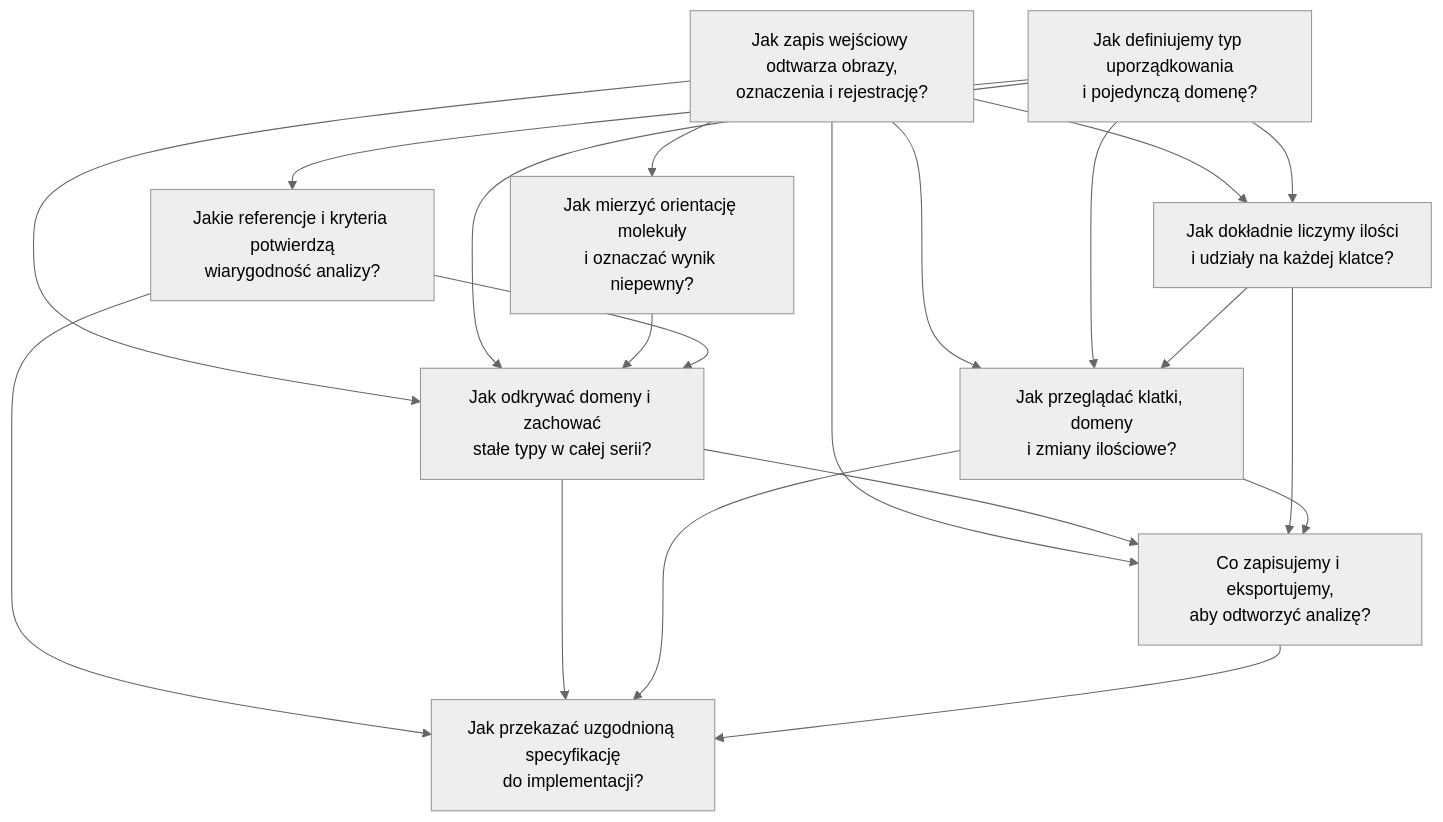
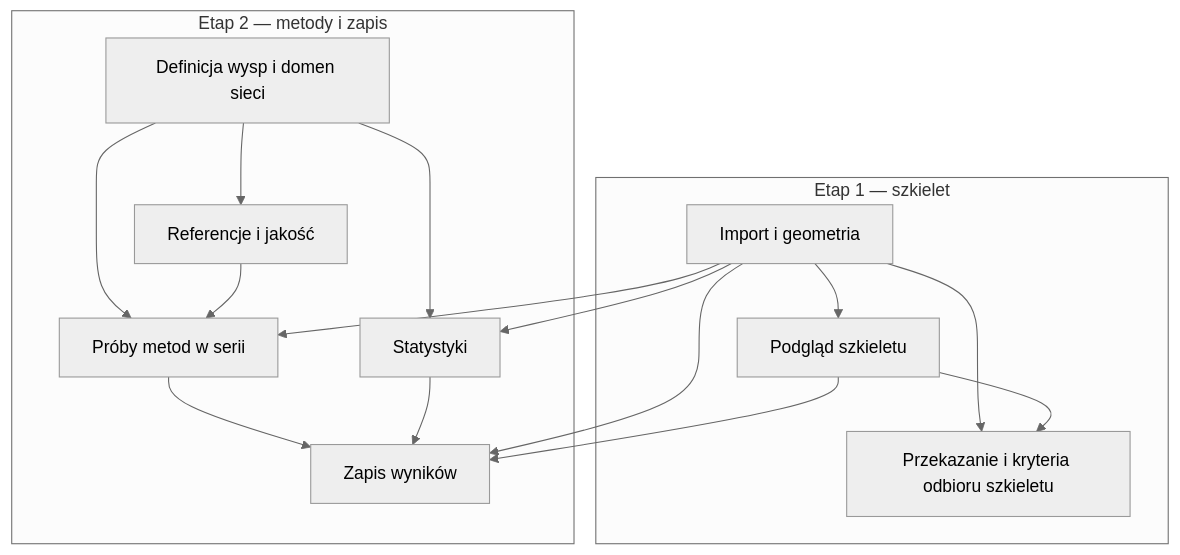
One commit to RafLew84/NEtCAT_NaParA changed the diagram in docs/stmdomains/issues/README.md. Above: the diagram before and after it, drawn with Mermaid (neutral theme). The commit also changed other lines of this file and 15 other files, not shown here.

````diff
--- a/docs/stmdomains/issues/README.md
+++ b/docs/stmdomains/issues/README.md
@@ -59,31 +77,28 @@
 ```mermaid
 flowchart TD
-    a["Jak zapis wejściowy odtwarza obrazy,<br/>oznaczenia i rejestrację?"]
-    b["Jak definiujemy typ uporządkowania<br/>i pojedynczą domenę?"]
-    c["Jak mierzyć orientację molekuły<br/>i oznaczać wynik niepewny?"]
-    d["Jakie referencje i kryteria potwierdzą<br/>wiarygodność analizy?"]
-    e["Jak odkrywać domeny i zachować<br/>stałe typy w całej serii?"]
-    f["Jak dokładnie liczymy ilości<br/>i udziały na każdej klatce?"]
-    g["Jak przeglądać klatki, domeny<br/>i zmiany ilościowe?"]
-    h["Co zapisujemy i eksportujemy,<br/>aby odtworzyć analizę?"]
-    i["Jak przekazać uzgodnioną specyfikację<br/>do implementacji?"]
-    a --> c
+    subgraph phase1["Etap 1 — szkielet"]
+        a["Import i geometria"]
+        g["Podgląd szkieletu"]
+        i["Przekazanie i kryteria odbioru szkieletu"]
+    end
+    subgraph phase2["Etap 2 — metody i zapis"]
+        b["Definicja wysp i domen sieci"]
+        d["Referencje i jakość"]
+        e["Próby metod w serii"]
+        f["Statystyki"]
+        h["Zapis wyników"]
+    end
+    a --> g
+    a --> i
+    g --> i
     b --> d
     a --> e
     b --> e
-    c --> e
     d --> e
     a --> f
     b --> f
-    a --> g
-    b --> g
-    f --> g
     a --> h
     e --> h
     f --> h
     g --> h
-    d --> i
-    e --> i
-    g --> i
-    h --> i
 ```
````
